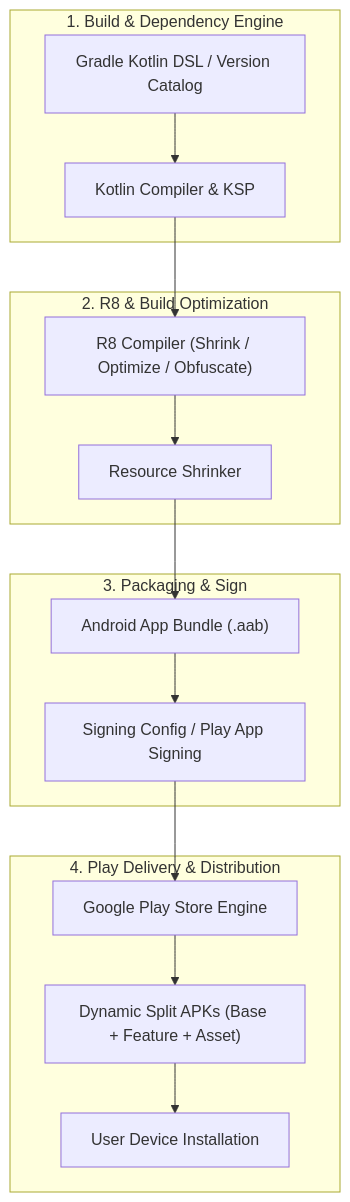
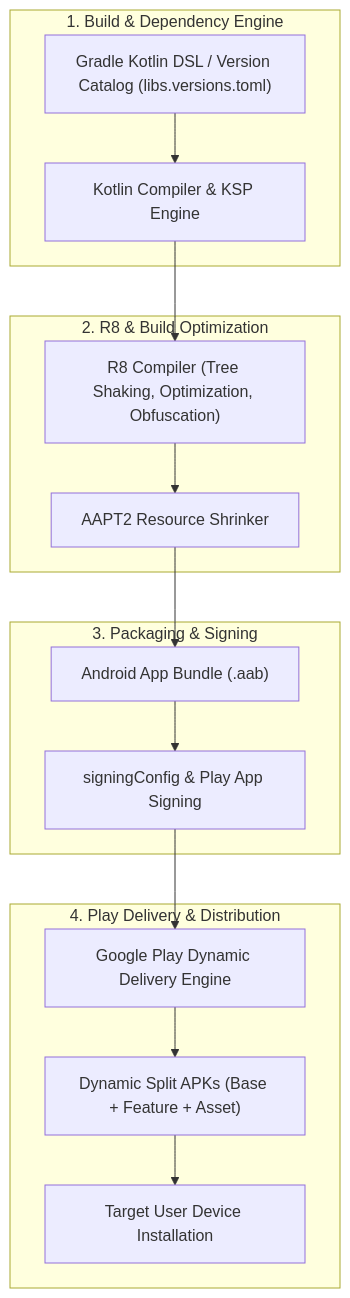
Before and after one commit to youngmin-gwon/what-i-studied: the diagram in 01_inbox/mobile/android/03_packaging_deployment/android-packaging-deployment.md, drawn with Mermaid. The commit also changed other lines of this file and 19 other files, not shown here.

````diff
--- a/01_inbox/mobile/android/03_packaging_deployment/android-packaging-deployment.md
+++ b/01_inbox/mobile/android/03_packaging_deployment/android-packaging-deployment.md
@@ -15,27 +21,27 @@
 ```mermaid
 flowchart TD
-    subgraph Build ["1. Build & Dependency Engine"]
-        Gradle["Gradle Kotlin DSL / Version Catalog"]
-        Comp["Kotlin Compiler & KSP"]
-        Gradle --> Comp
+    subgraph BuildEngine ["1. Build & Dependency Engine"]
+        Gradle["Gradle Kotlin DSL / Version Catalog (libs.versions.toml)"]
+        KSPComp["Kotlin Compiler & KSP Engine"]
+        Gradle --> KSPComp
     end
 
     subgraph Optimization ["2. R8 & Build Optimization"]
-        R8["R8 Compiler (Shrink / Optimize / Obfuscate)"]
-        ResShrink["Resource Shrinker"]
-        Comp --> R8 --> ResShrink
+        R8Engine["R8 Compiler (Tree Shaking, Optimization, Obfuscation)"]
+        ResShrink["AAPT2 Resource Shrinker"]
+        KSPComp --> R8Engine --> ResShrink
     end
 
-    subgraph Packaging ["3. Packaging & Sign"]
-        AAB["Android App Bundle (.aab)"]
-        Sign["Signing Config / Play App Signing"]
-        ResShrink --> AAB --> Sign
+    subgraph Packaging ["3. Packaging & Signing"]
+        AABArtifact["Android App Bundle (.aab)"]
+        SigningConfig["signingConfig & Play App Signing"]
+        ResShrink --> AABArtifact --> SigningConfig
     end
 
     subgraph Distribution ["4. Play Delivery & Distribution"]
-        Play["Google Play Store Engine"]
-        SplitAPK["Dynamic Split APKs (Base + Feature + Asset)"]
-        Device["User Device Installation"]
-        Sign --> Play --> SplitAPK --> Device
+        PlayEngine["Google Play Dynamic Delivery Engine"]
+        SplitAPKs["Dynamic Split APKs (Base + Feature + Asset)"]
+        UserDevice["Target User Device Installation"]
+        SigningConfig --> PlayEngine --> SplitAPKs --> UserDevice
     end
 ```
````
